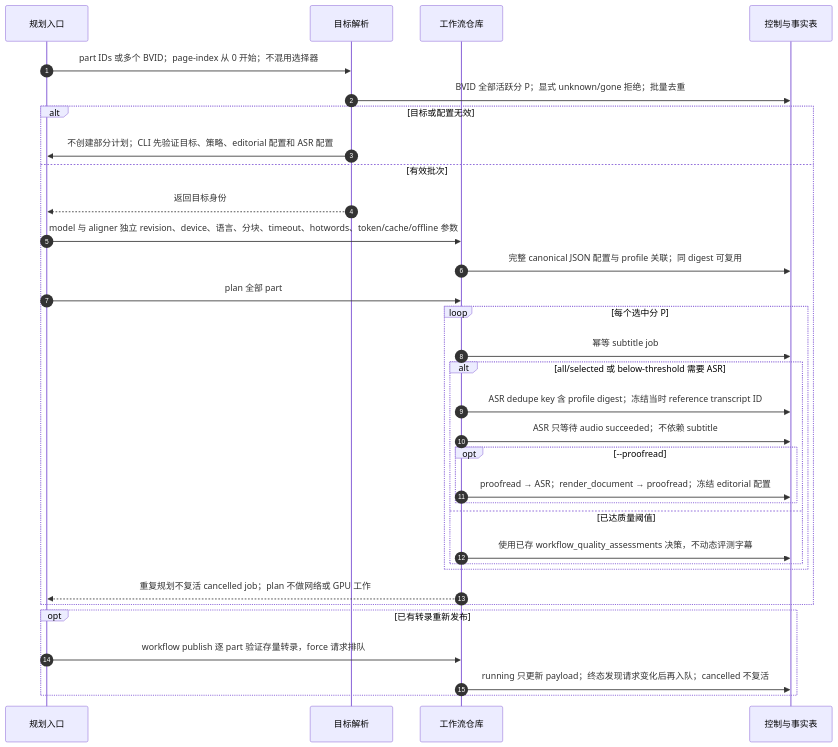
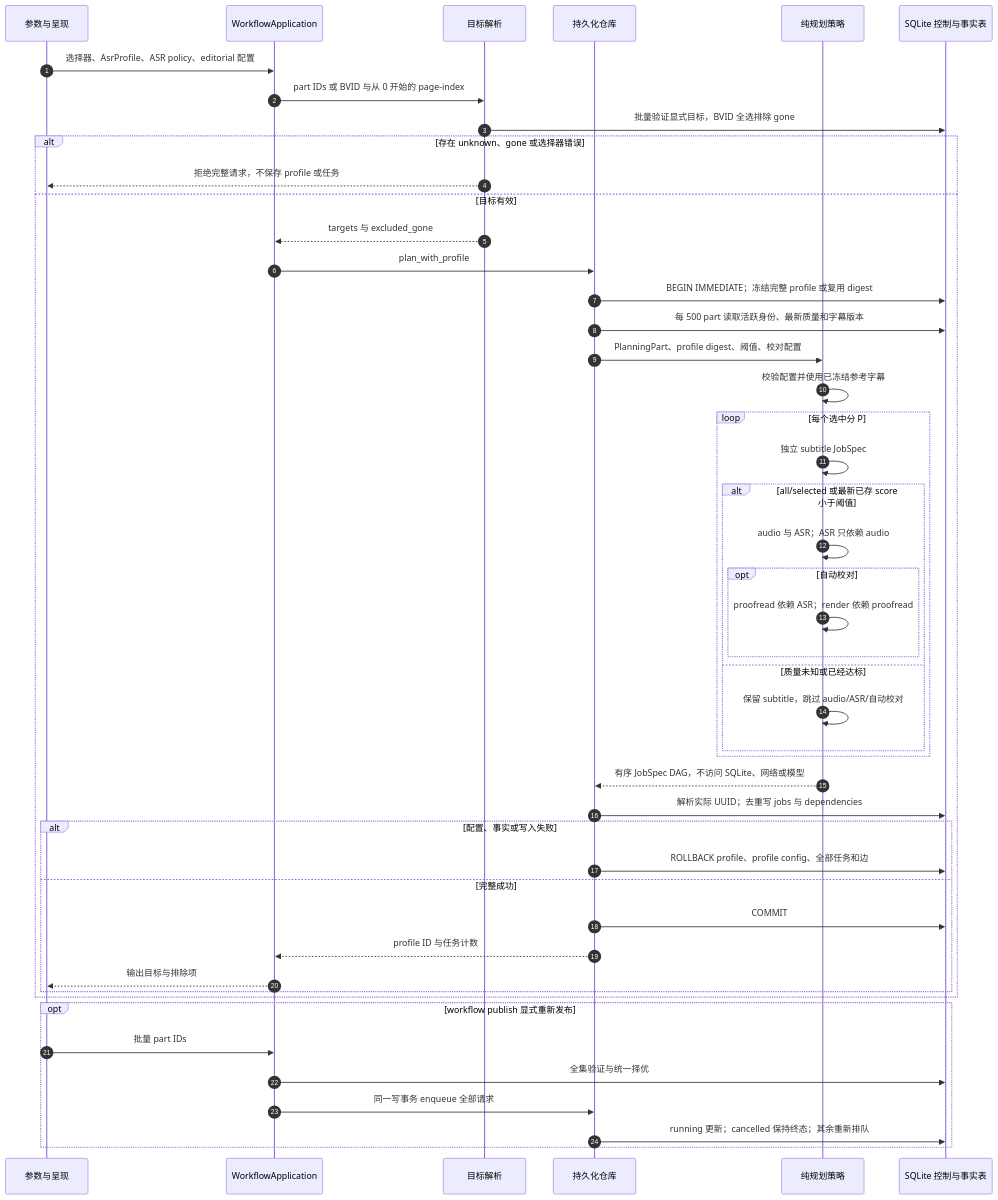
Before and after one commit to SuperCatQR/bilibili-asr-archive: the diagram in docs/sequences/03-workflow-plan.md, drawn with Mermaid. The commit also changed other lines of this file and 66 other files, not shown here.

Commit message:
Document repaired boundaries and pin all architecture diagrams

````diff
--- a/docs/sequences/03-workflow-plan.md
+++ b/docs/sequences/03-workflow-plan.md
@@ -9,35 +9,49 @@
 ```mermaid
 sequenceDiagram
     autonumber
-    participant cli as 规划入口
+    participant cli as 参数与呈现
+    participant app as WorkflowApplication
     participant selector as 目标解析
-    participant repo as 工作流仓库
-    participant db as 控制与事实表
-    cli->>selector: part IDs 或多个 BVID；page-index 从 0 开始；不混用选择器
-    selector->>db: BVID 全部活跃分 P；显式 unknown/gone 拒绝；批量去重
-    alt 目标或配置无效
-    selector->>cli: 不创建部分计划；CLI 先验证目标、策略、editorial 配置和 ASR 配置
-    else 有效批次
-    selector-->>cli: 返回目标身份
-    cli->>repo: model 与 aligner 独立 revision、device、语言、分块、timeout、hotwords、token/cache/offline 参数
-    repo->>db: 完整 canonical JSON 配置与 profile 关联；同 digest 可复用
-    cli->>repo: plan 全部 part
-    loop 每个选中分 P
-    repo->>db: 幂等 subtitle job
-    alt all/selected 或 below-threshold 需要 ASR
-    repo->>db: ASR dedupe key 含 profile digest；冻结当时 reference transcript ID
-    repo->>db: ASR 只等待 audio succeeded；不依赖 subtitle
-    opt --proofread
-    repo->>db: proofread → ASR；render_document → proofread；冻结 editorial 配置
+    participant repo as 持久化仓库
+    participant planner as 纯规划策略
+    participant db as SQLite 控制与事实表
+    cli->>app: 选择器、AsrProfile、ASR policy、editorial 配置
+    app->>selector: part IDs 或 BVID 与从 0 开始的 page-index
+    selector->>db: 批量验证显式目标，BVID 全选排除 gone
+    alt 存在 unknown、gone 或选择器错误
+        selector-->>cli: 拒绝完整请求，不保存 profile 或任务
+    else 目标有效
+        selector-->>app: targets 与 excluded_gone
+        app->>repo: plan_with_profile
+        repo->>db: BEGIN IMMEDIATE；冻结完整 profile 或复用 digest
+        repo->>db: 每 500 part 读取活跃身份、最新质量和字幕版本
+        repo->>planner: PlanningPart、profile digest、阈值、校对配置
+        planner->>planner: 校验配置并使用已冻结参考字幕
+        loop 每个选中分 P
+            planner->>planner: 独立 subtitle JobSpec
+            alt all/selected 或最新已存 score 小于阈值
+                planner->>planner: audio 与 ASR；ASR 只依赖 audio
+                opt 自动校对
+                    planner->>planner: proofread 依赖 ASR；render 依赖 proofread
+                end
+            else 质量未知或已经达标
+                planner->>planner: 保留 subtitle，跳过 audio/ASR/自动校对
+            end
+        end
+        planner-->>repo: 有序 JobSpec DAG，不访问 SQLite、网络或模型
+        repo->>db: 解析实际 UUID；去重写 jobs 与 dependencies
+        alt 配置、事实或写入失败
+            repo->>db: ROLLBACK profile、profile config、全部任务和边
+        else 完整成功
+            repo->>db: COMMIT
+            repo-->>app: profile ID 与任务计数
+            app-->>cli: 输出目标与排除项
+        end
     end
-    else 已达质量阈值
-    repo->>db: 使用已存 workflow_quality_assessments 决策，不动态评测字幕
-    end
-    end
-    repo-->>cli: 重复规划不复活 cancelled job；plan 不做网络或 GPU 工作
-    end
-    opt 已有转录重新发布
-    cli->>repo: workflow publish 逐 part 验证存量转录，force 请求排队
-    repo->>db: running 只更新 payload；终态发现请求变化后再入队；cancelled 不复活
+    opt workflow publish 显式重新发布
+        cli->>app: 批量 part IDs
+        app->>db: 全集验证与统一择优
+        app->>repo: 同一写事务 enqueue 全部请求
+        repo->>db: running 更新；cancelled 保持终态；其余重新排队
     end
 ```
````
